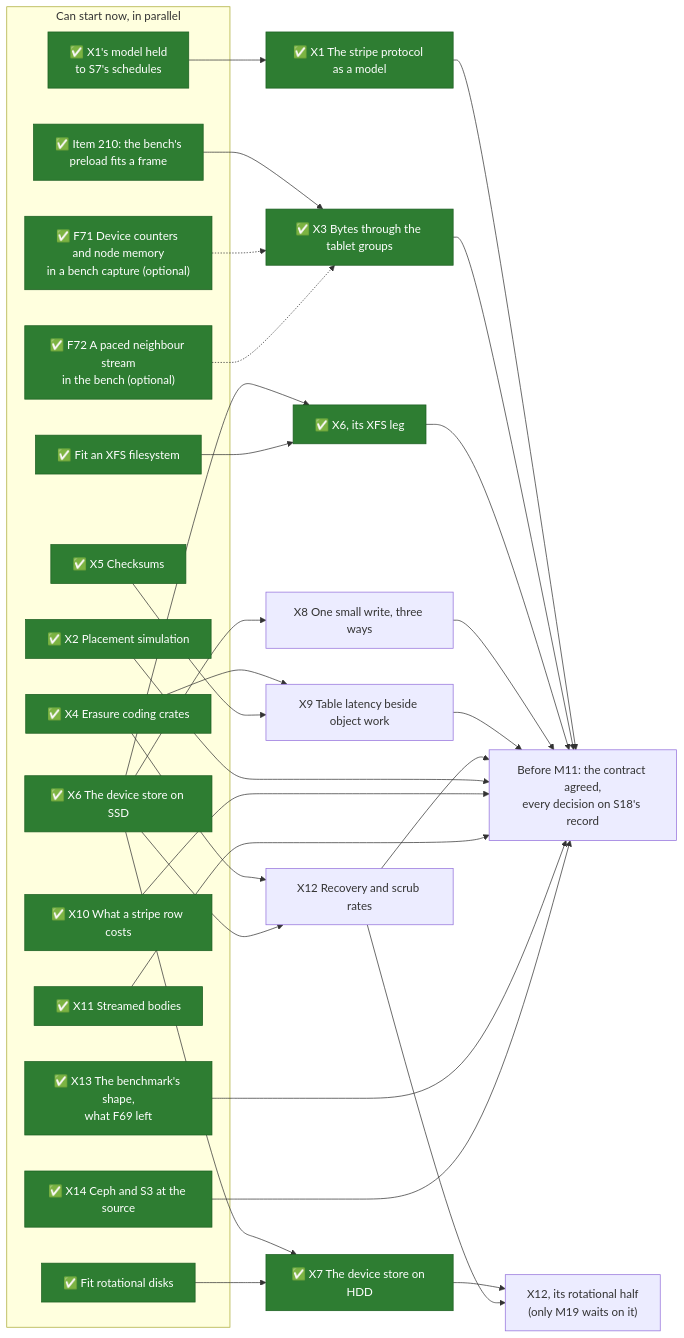
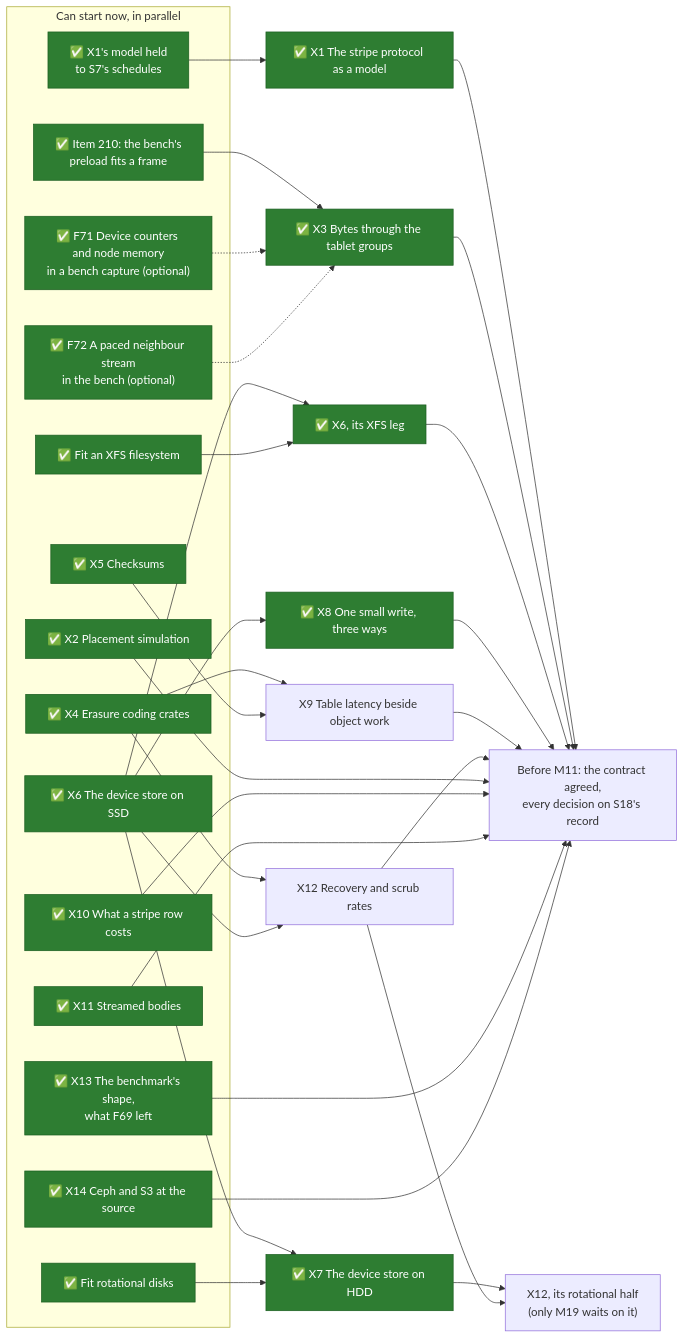
One commit to mjcarson/shoal changed the first of 2 diagrams in docs/src/object-storage/whats-left-todo.md. Above: the diagram before and after it, drawn with Mermaid. The commit also changed other lines of this file and 70 other files, not shown here.

````diff
--- a/docs/src/object-storage/whats-left-todo.md
+++ b/docs/src/object-storage/whats-left-todo.md
@@ -32,56 +34,56 @@
 ```mermaid
 flowchart LR
     classDef done fill:#2e7d32,stroke:#1b5e20,color:#ffffff
     classDef optional stroke-dasharray: 5 5
     subgraph now["Can start now, in parallel"]
         R1["✅ X1's model held<br>to S7's schedules"]:::done
         R2["✅ Item 210: the bench's<br>preload fits a frame"]:::done
         XFS["✅ Fit an XFS filesystem"]:::done
         Disks["✅ Fit rotational disks"]:::done
         X2["✅ X2 Placement simulation"]:::done
         X4["✅ X4 Erasure coding crates"]:::done
         X5["✅ X5 Checksums"]:::done
         X6["✅ X6 The device store on SSD"]:::done
         X10["✅ X10 What a stripe row costs"]:::done
         X11["✅ X11 Streamed bodies"]:::done
         X13["✅ X13 The benchmark's shape,<br>what F69 left"]:::done
         X14["✅ X14 Ceph and S3 at the source"]:::done
         Counters["✅ F71 Device counters and node memory<br>in a bench capture (optional)"]:::done
         Neighbour["✅ F72 A paced neighbour stream<br>in the bench (optional)"]:::done
     end
     X1["✅ X1 The stripe protocol as a model"]:::done
     X3["✅ X3 Bytes through the tablet groups"]:::done
     X6x["✅ X6, its XFS leg"]:::done
     X7["✅ X7 The device store on HDD"]:::done
-    X8["X8 One small write, three ways"]
+    X8["✅ X8 One small write, three ways"]:::done
     X9["X9 Table latency beside object work"]
     X12["X12 Recovery and scrub rates"]
     X12r["X12, its rotational half<br>(only M19 waits on it)"]
     Gate["Before M11: the contract agreed,<br>every decision on S18's record"]
     R1 --> X1
     R2 --> X3
     X6 --> X6x
     XFS --> X6x
     X6 --> X7
     Disks --> X7
     X6 --> X8
     X4 --> X9
     X5 --> X9
     X4 --> X12
     X6 --> X12
     X7 --> X12r
     X12 --> X12r
     Counters -.-> X3
     Neighbour -.-> X3
     X1 --> Gate
     X3 --> Gate
     X6x --> Gate
     X8 --> Gate
     X9 --> Gate
     X12 --> Gate
     X2 ---> Gate
     X10 ---> Gate
     X11 ---> Gate
     X13 ---> Gate
     X14 ---> Gate
 ```
````
